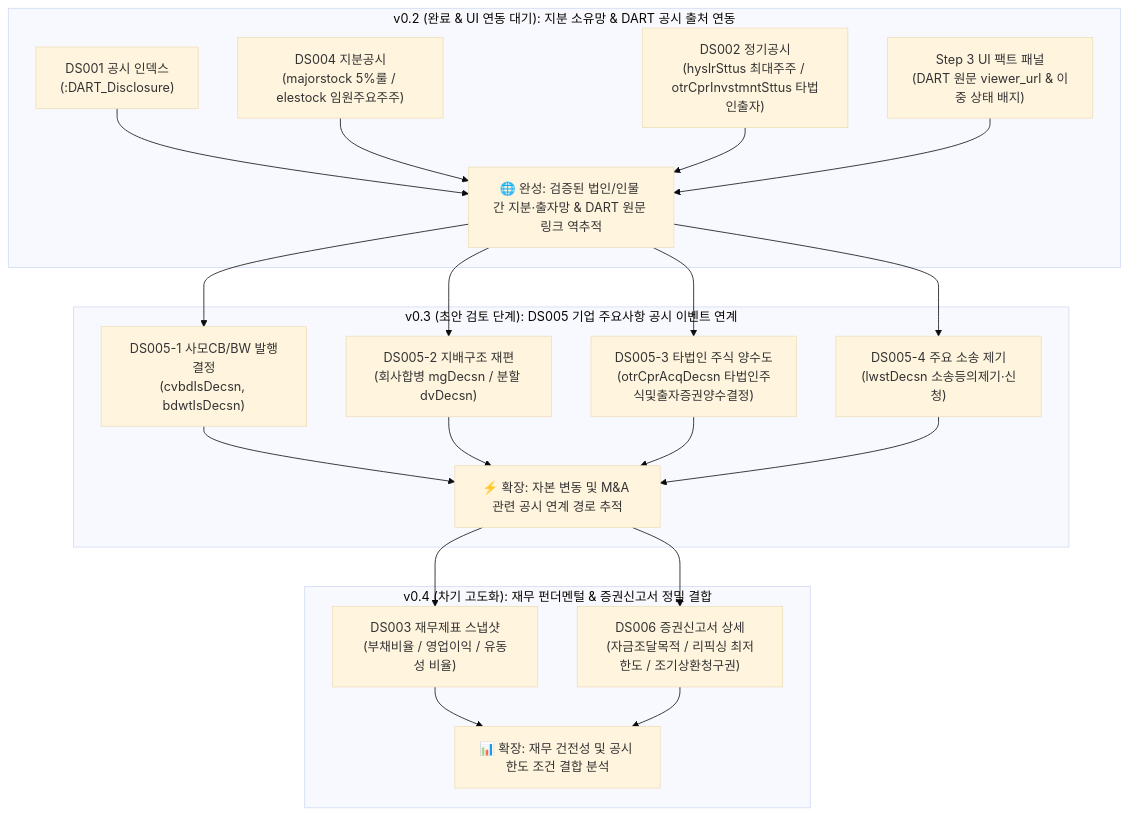
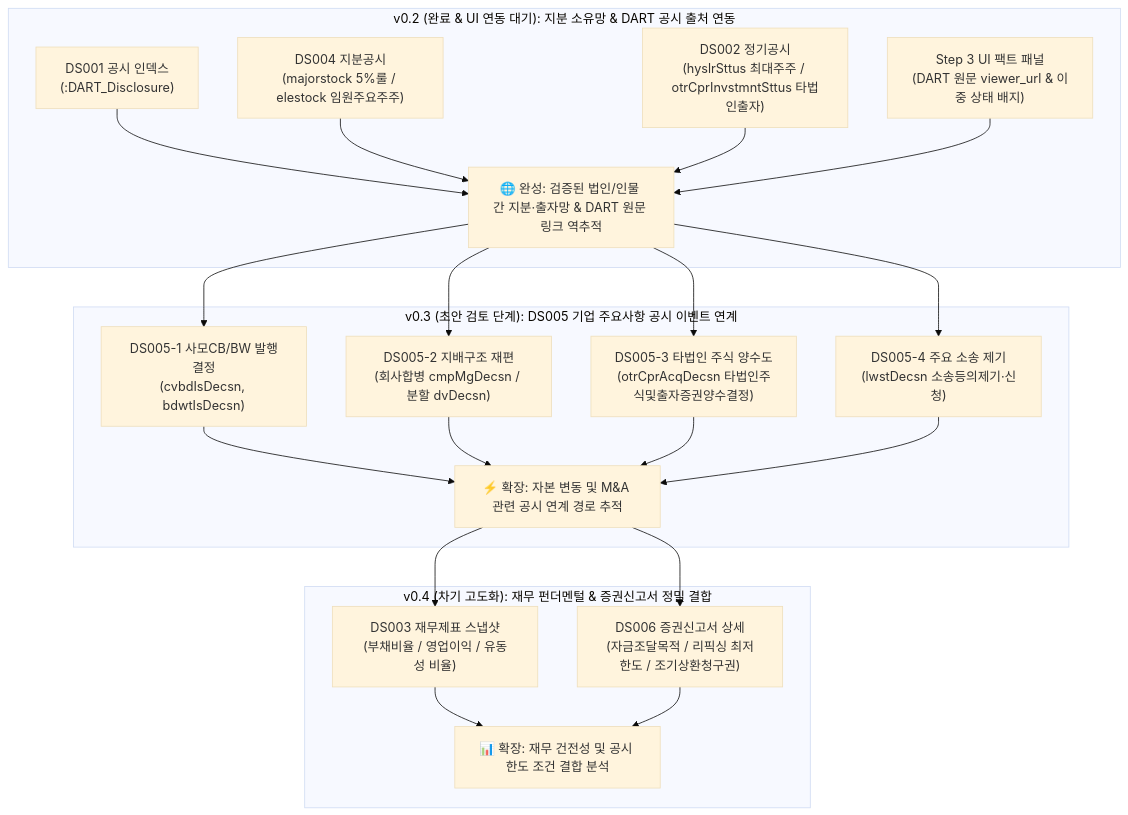
Before and after one commit to mycar4/enkoa-practice-knowledge-graph: the first of 2 diagrams in 내작업폴더/00_DART_Trace_지식그래프_온톨로지_및_데이터구조_명세서_v0.3.md, drawn with Mermaid (base theme). The commit also changed other lines of this file, not shown here.

Commit message:
fix(docs): update DS005 merger endpoint name from mgDecsn to cmpMgDecsn

````diff
--- a/내작업폴더/00_DART_Trace_지식그래프_온톨로지_및_데이터구조_명세서_v0.3.md
+++ b/내작업폴더/00_DART_Trace_지식그래프_온톨로지_및_데이터구조_명세서_v0.3.md
@@ -14,26 +14,26 @@
 ```mermaid
 flowchart TD
     subgraph V02 ["v0.2 (완료 & UI 연동 대기): 지분 소유망 & DART 공시 출처 연동"]
         A1["DS001 공시 인덱스\n(:DART_Disclosure)"]
         A2["DS004 지분공시\n(majorstock 5%룰 / elestock 임원주요주주)"]
         A3["DS002 정기공시\n(hyslrSttus 최대주주 / otrCprInvstmntSttus 타법인출자)"]
         A4["Step 3 UI 팩트 패널\n(DART 원문 viewer_url & 이중 상태 배지)"]
         A1 & A2 & A3 & A4 --> R1["🌐 완성: 검증된 법인/인물 간 지분·출자망 & DART 원문 링크 역추적"]
     end
 
     subgraph V03 ["v0.3 (초안 검토 단계): DS005 기업 주요사항 공시 이벤트 연계"]
         B1["DS005-1 사모CB/BW 발행결정\n(cvbdIsDecsn, bdwtIsDecsn)"]
-        B2["DS005-2 지배구조 재편\n(회사합병 mgDecsn / 분할 dvDecsn)"]
+        B2["DS005-2 지배구조 재편\n(회사합병 cmpMgDecsn / 분할 dvDecsn)"]
         B3["DS005-3 타법인 주식 양수도\n(otrCprAcqDecsn 타법인주식및출자증권양수결정)"]
         B4["DS005-4 주요 소송 제기\n(lwstDecsn 소송등의제기·신청)"]
         R1 --> B1 & B2 & B3 & B4
         B1 & B2 & B3 & B4 --> R2["⚡ 확장: 자본 변동 및 M&A 관련 공시 연계 경로 추적"]
     end
 
     subgraph V04 ["v0.4 (차기 고도화): 재무 펀더멘털 & 증권신고서 정밀 결합"]
         C1["DS003 재무제표 스냅샷\n(부채비율 / 영업이익 / 유동성 비율)"]
         C2["DS006 증권신고서 상세\n(자금조달목적 / 리픽싱 최저한도 / 조기상환청구권)"]
         R2 --> C1 & C2
         C1 & C2 --> R3["📊 확장: 재무 건전성 및 공시 한도 조건 결합 분석"]
     end
 ```
````
